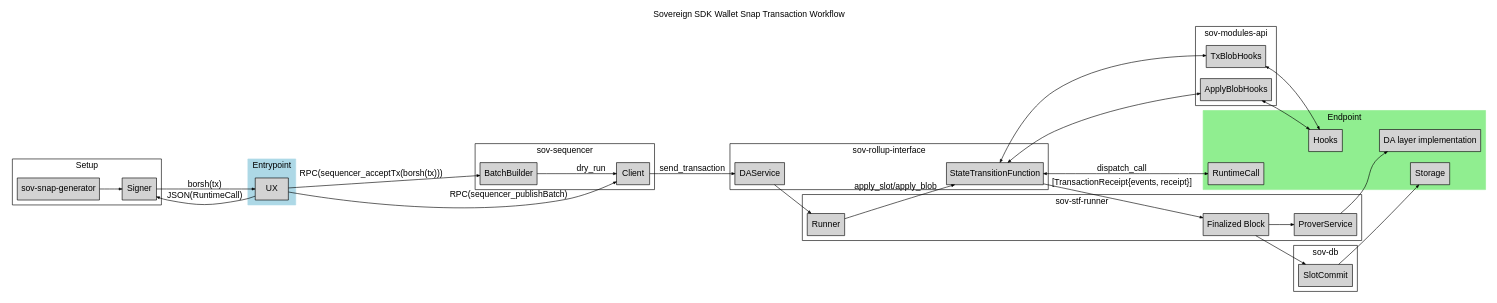
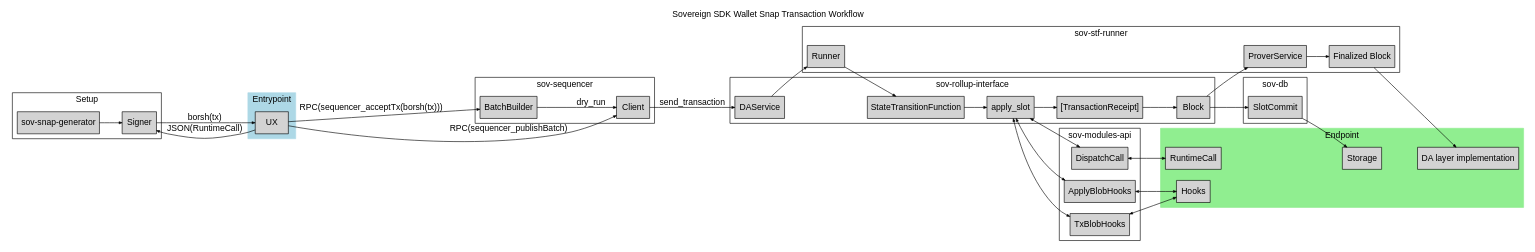
The diagram in 0001-transaction-wallet-workflow.md (Sovereign-Labs/docs-draft), drawn with Graphviz before and after one commit. The commit also changed other lines of this file, not shown here.

Commit message:
split block & finalized block

````diff
--- a/0001-transaction-wallet-workflow.md
+++ b/0001-transaction-wallet-workflow.md
@@ -47,7 +47,10 @@
 
     subgraph cluster_sov_rollup_interface {
         rollup_state_transition_function [label="StateTransitionFunction"]
+        rollup_apply_slot [label="apply_slot"]
         rollup_da_service [label="DAService"]
+        rollup_receipts [label="[TransactionReceipt]"]
+        rollup_block [label="Block"]
 
         label = "sov-rollup-interface"
     }
@@ -69,6 +72,7 @@
     subgraph cluster_sov_modules_api {
         module_apply_blob_hooks [label="ApplyBlobHooks"]
         module_tx_hooks [label="TxBlobHooks"]
+        module_dispatch_call [label="DispatchCall"]
 
         label = "sov-modules-api"
     }
@@ -93,18 +97,22 @@
     sequencer_client -> rollup_da_service [label="send_transaction"]
     rollup_da_service -> runner
 
-    runner -> rollup_state_transition_function [label="apply_slot/apply_blob"]
+    runner -> rollup_state_transition_function
+    rollup_state_transition_function -> rollup_apply_slot
 
-    rollup_state_transition_function -> module_apply_blob_hooks [dir="both"]
-    rollup_state_transition_function -> module_tx_hooks [dir="both"]
-    rollup_state_transition_function -> runner_finalized_block [label="[TransactionReceipt{events, receipt}]"]
-    rollup_state_transition_function -> module_runtime [label="dispatch_call", dir="both"]
+    rollup_apply_slot -> module_apply_blob_hooks [dir="both"]
+    rollup_apply_slot -> module_tx_hooks [dir="both"]
+    rollup_apply_slot -> rollup_receipts
+    rollup_apply_slot -> module_dispatch_call [dir="both"]
+    module_dispatch_call -> module_runtime [dir="both"]
 
     module_apply_blob_hooks -> module_hooks [dir="both"]
     module_tx_hooks -> module_hooks [dir="both"]
-    runner_finalized_block -> runner_prover
-    runner_finalized_block -> db_slot_commit
+    rollup_receipts -> rollup_block
+    rollup_block -> runner_prover
+    rollup_block -> db_slot_commit
+    runner_prover -> runner_finalized_block
     db_slot_commit -> storage
-    runner_prover -> da_service
+    runner_finalized_block -> da_service
 }
 ```
````
